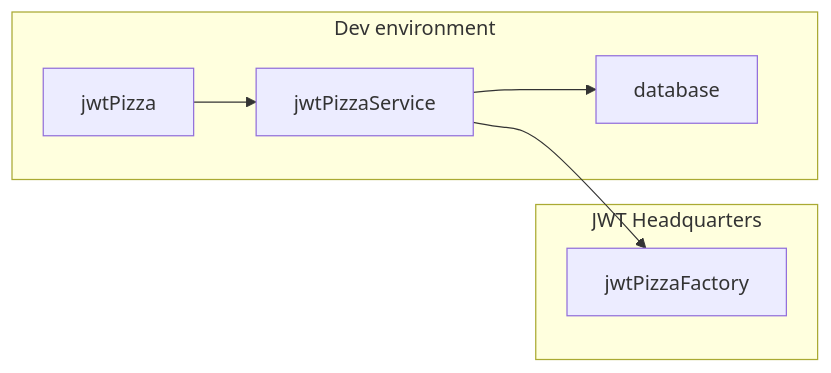
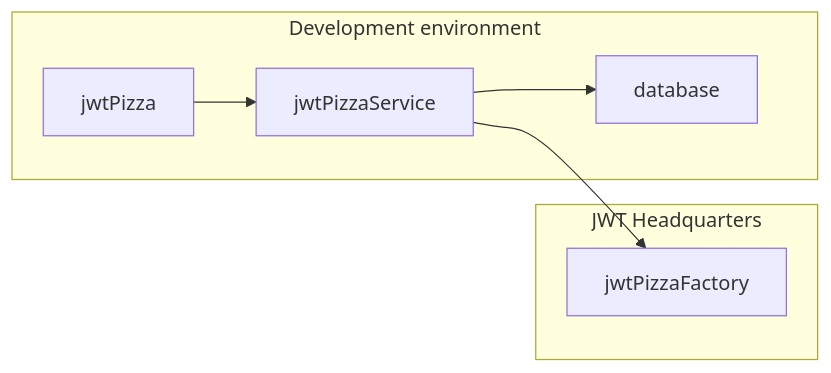
Before and after one commit to devops329/devops: the first of 2 diagrams in instruction/jwtPizzaService/jwtPizzaService.md, drawn with Mermaid. The commit also changed other lines of this file, not shown here.

````diff
--- a/instruction/jwtPizzaService/jwtPizzaService.md
+++ b/instruction/jwtPizzaService/jwtPizzaService.md
@@ -16,10 +16,10 @@
 ```mermaid
 graph LR;
-    subgraph  Dev environment
+    subgraph  Development environment
     jwtPizza-->jwtPizzaService
     jwtPizzaService-->database
     end
     subgraph JWT Headquarters
     jwtPizzaService-->jwtPizzaFactory
     end
 ```
````
